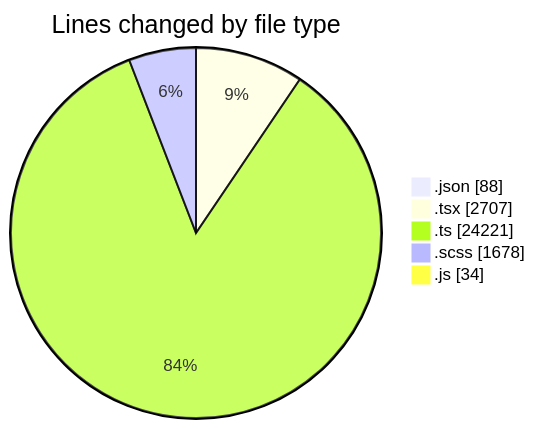
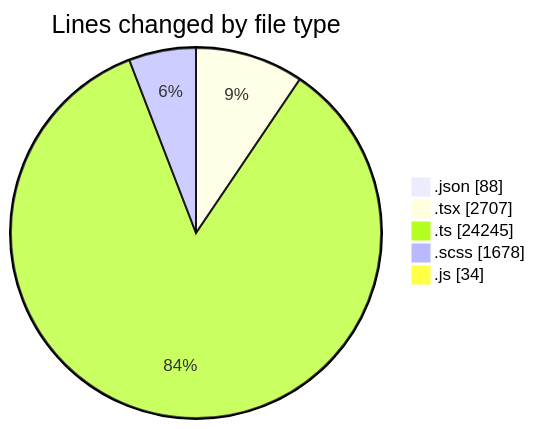
One commit to momahboobian/code-tracking changed the first of 2 diagrams in 2026-10-22/cda/README.md. Above: the diagram before and after it, drawn with Mermaid. The commit also changed other lines of this file and 1 other file, not shown here.

````diff
--- a/2026-10-22/cda/README.md
+++ b/2026-10-22/cda/README.md
@@ -39,9 +39,9 @@
 ```mermaid
 pie showData
 title Lines changed by file type
 ".json" : 88
 ".tsx" : 2707
-".ts" : 24221
+".ts" : 24245
 ".scss" : 1678
 ".js" : 34
 ```
````
